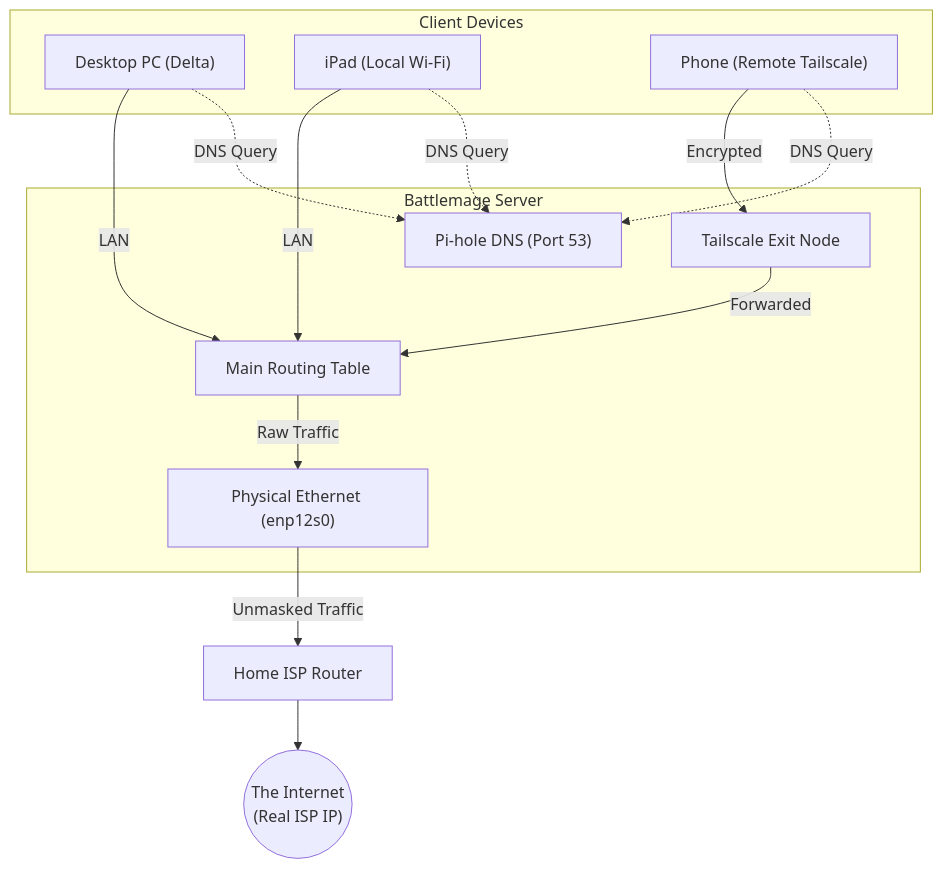
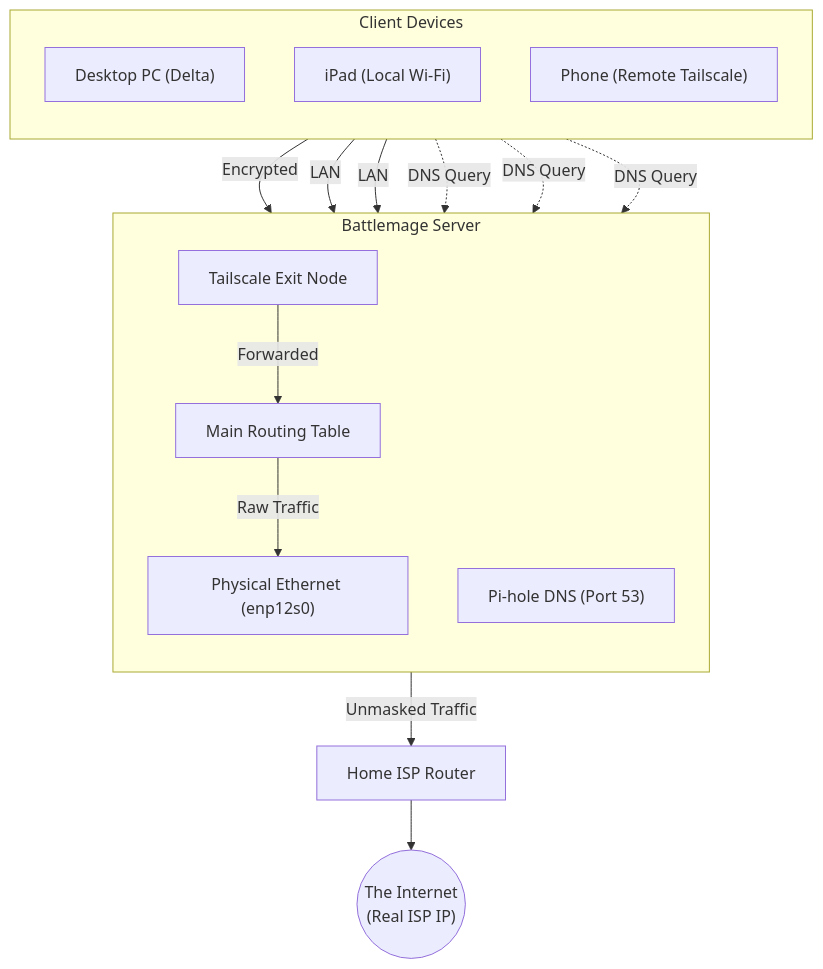
The second of 2 diagrams in content/Novel/private/Warp Cli Stuff.md (yakuyakuku/quartz4site), drawn with Mermaid before and after one commit. The commit also changed other lines of this file and 5 other files, not shown here.

````diff
--- a/content/Novel/private/Warp Cli Stuff.md
+++ b/content/Novel/private/Warp Cli Stuff.md
@@ -101,65 +105,69 @@
 ```mermaid
 
 graph TD
 
 subgraph Client Devices
+
+direction TB
 
 PC["Desktop PC (Delta)"]
 
 iPad["iPad (Local Wi-Fi)"]
 
 Phone["Phone (Remote Tailscale)"]
 
 end
 
   
 
 subgraph Battlemage Server
+
+direction TB
 
 TS["Tailscale Exit Node"]
 
 Pihole["Pi-hole DNS (Port 53)"]
 
 Table["Main Routing Table"]
 
 Eth["Physical Ethernet (enp12s0)"]
 
 end
 
   
 
 ISP["Home ISP Router"]
 
 Internet(("The Internet<br/>(Real ISP IP)"))
 
   
 
 %% Data Connections
 
 Phone -- "Encrypted" --> TS
 
 PC -- "LAN" --> Table
 
 iPad -- "LAN" --> Table
 
 TS -- "Forwarded" --> Table
 
 %% DNS Routing
 
 Phone -. "DNS Query" .-> Pihole
 
 PC -. "DNS Query" .-> Pihole
 
 iPad -. "DNS Query" .-> Pihole
 
   
 
 %% Outbound
 
 Table -- "Raw Traffic" --> Eth
 
 Eth -- "Unmasked Traffic" --> ISP
 
 ISP --> Internet
 
 ```
````
